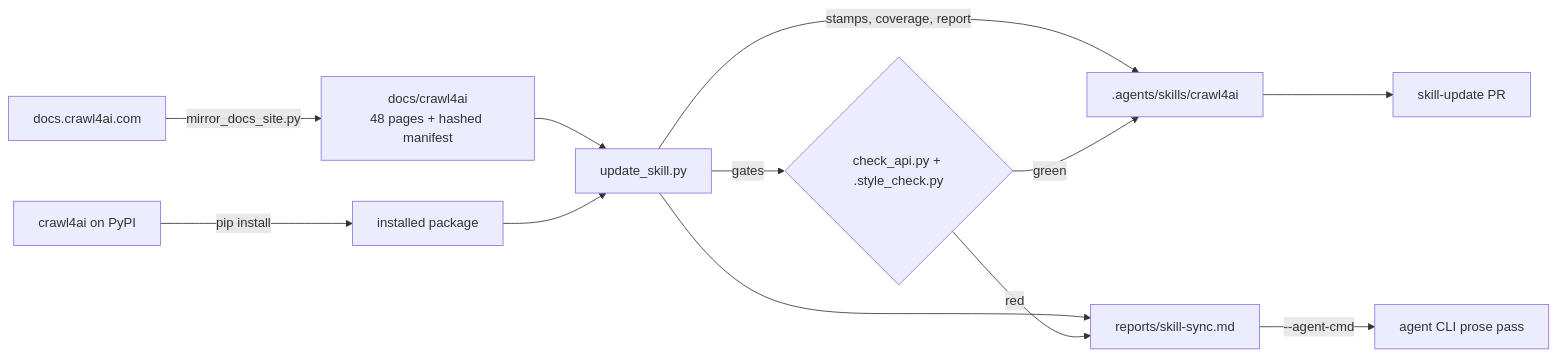
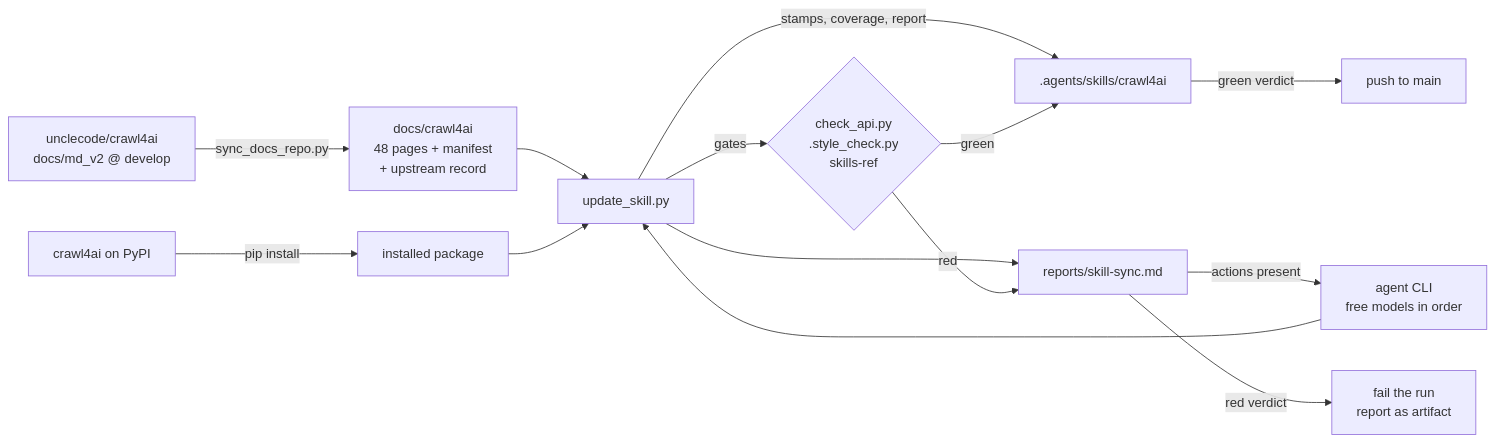
The diagram in README.md (Wildfire2282/crawl4ai-skill), drawn with Mermaid before and after one commit. The commit also changed other lines of this file and 67 other files, not shown here.

First line of the commit message:
feat(sync): drive the skill from GitHub, unattended

````diff
--- a/README.md
+++ b/README.md
@@ -14,14 +14,16 @@
 ```mermaid
 flowchart LR
-  upstream[docs.crawl4ai.com] -->|mirror_docs_site.py| mirror[docs/crawl4ai<br/>48 pages + hashed manifest]
+  upstream[unclecode/crawl4ai<br/>docs/md_v2 @ develop] -->|sync_docs_repo.py| mirror[docs/crawl4ai<br/>48 pages + manifest<br/>+ upstream record]
   pypi[crawl4ai on PyPI] -->|pip install| pkg[installed package]
   mirror --> sync[update_skill.py]
   pkg --> sync
   sync -->|stamps, coverage, report| skill[.agents/skills/crawl4ai]
   sync --> report[reports/skill-sync.md]
-  sync -->|gates| gate{check_api.py + .style_check.py}
+  sync -->|gates| gate{check_api.py<br/>.style_check.py<br/>skills-ref}
   gate -->|green| skill
   gate -->|red| report
-  report -->|--agent-cmd| agent[agent CLI prose pass]
-  skill --> pr[skill-update PR]
+  report -->|actions present| agent[agent CLI<br/>free models in order]
+  agent --> sync
+  skill -->|green verdict| push[push to main]
+  report -->|red verdict| fail[fail the run<br/>report as artifact]
 ```
````
